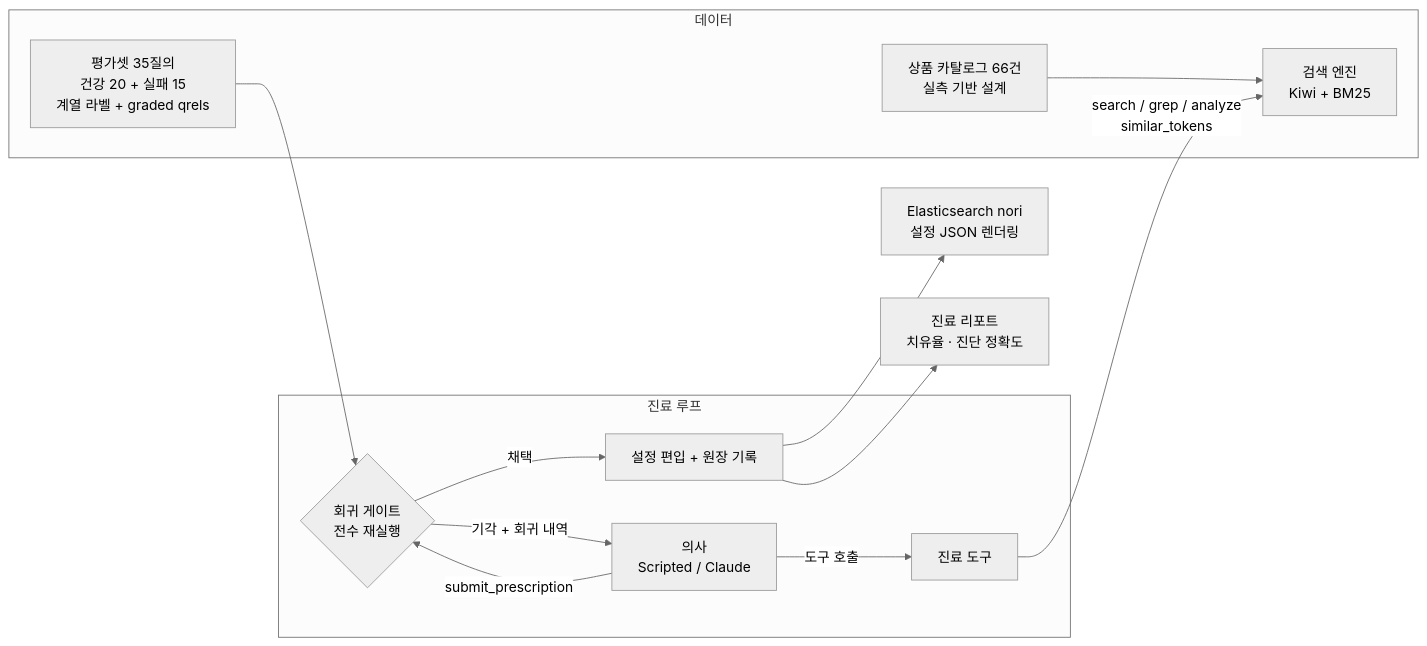
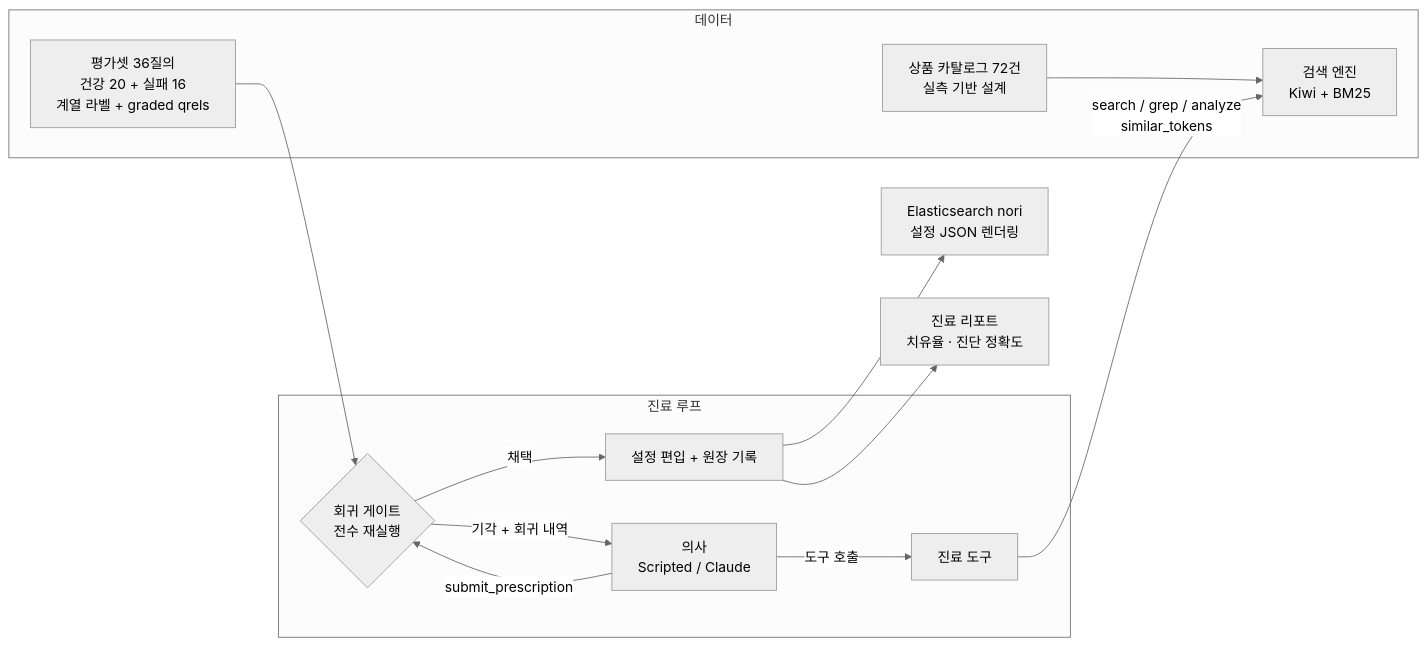
One commit to sokldjs554/ko-search-clinic changed the diagram in README.md. Above: the diagram before and after it, drawn with Mermaid (neutral theme). The commit also changed other lines of this file and 3 other files, not shown here.

````diff
--- a/README.md
+++ b/README.md
@@ -113,19 +142,19 @@
 ```mermaid
 flowchart LR
     subgraph 데이터
-        C[상품 카탈로그 66건<br/>실측 기반 설계] --> E[검색 엔진<br/>Kiwi + BM25]
-        Q[평가셋 35질의<br/>건강 20 + 실패 15<br/>계열 라벨 + graded qrels]
+        C[상품 카탈로그 72건<br/>실측 기반 설계] --> E[검색 엔진<br/>Kiwi + BM25]
+        Q[평가셋 36질의<br/>건강 20 + 실패 16<br/>계열 라벨 + graded qrels]
     end
 
     subgraph 진료 루프
         D[의사<br/>Scripted / Claude] -->|도구 호출| T[진료 도구]
         T -->|search / grep / analyze<br/>similar_tokens| E
         D -->|submit_prescription| G{회귀 게이트<br/>전수 재실행}
         G -->|채택| A[설정 편입 + 원장 기록]
         G -->|기각 + 회귀 내역| D
     end
 
     Q --> G
     A --> ES[Elasticsearch nori<br/>설정 JSON 렌더링]
     A --> R[진료 리포트<br/>치유율 · 진단 정확도]
 ```
````
